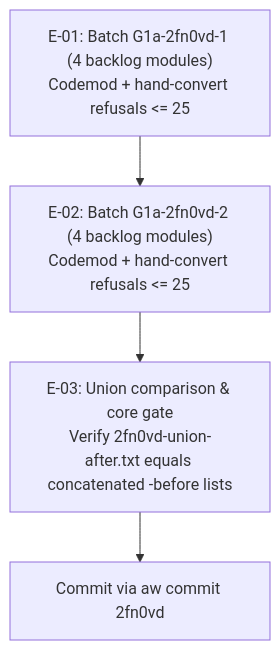
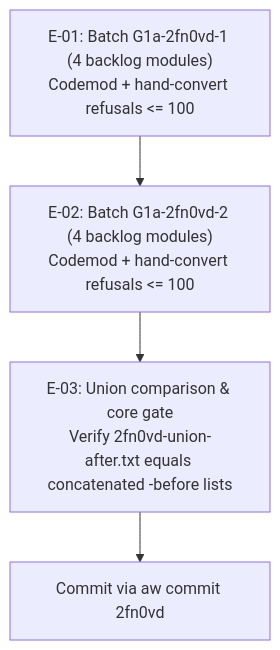
Before and after one commit to fariello/agent-workflows: the diagram in .aw/records/plans/pending/20261109-metastore-176-2fn0vd-move-backlog-release-gate-and-check-test-data-chunk-2-of-7-o.ipd.md, drawn with Mermaid. The commit also changed other lines of this file and 11 other files, not shown here.

First line of the commit message:
plans(metastore): raise Batch rule step 4 hand-refusal cap from 25 to 100 on 12 over-cap chunks

````diff
--- a/.aw/records/plans/pending/20261109-metastore-176-2fn0vd-move-backlog-release-gate-and-check-test-data-chunk-2-of-7-o.ipd.md
+++ b/.aw/records/plans/pending/20261109-metastore-176-2fn0vd-move-backlog-release-gate-and-check-test-data-chunk-2-of-7-o.ipd.md
@@ -104,6 +105,6 @@
 ```mermaid
 flowchart TD
-    A["E-01: Batch G1a-2fn0vd-1 (4 backlog modules)<br/>Codemod + hand-convert refusals <= 25"] --> B["E-02: Batch G1a-2fn0vd-2 (4 backlog modules)<br/>Codemod + hand-convert refusals <= 25"]
+    A["E-01: Batch G1a-2fn0vd-1 (4 backlog modules)<br/>Codemod + hand-convert refusals <= 100"] --> B["E-02: Batch G1a-2fn0vd-2 (4 backlog modules)<br/>Codemod + hand-convert refusals <= 100"]
     B --> C["E-03: Union comparison & core gate<br/>Verify 2fn0vd-union-after.txt equals concatenated -before lists"]
     C --> D["Commit via aw commit 2fn0vd"]
 ```
````
